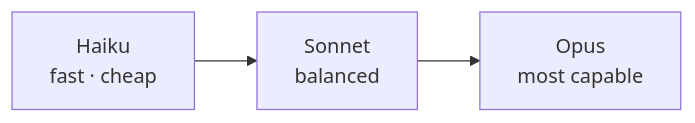
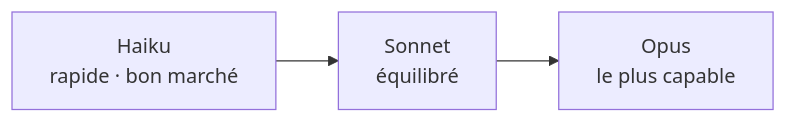
One commit to derob98/ailmanac changed the diagram in i18n/fr/docusaurus-plugin-content-docs/current/api/choosing-a-model.mdx. Above: the diagram before and after it, drawn with Mermaid. The commit also changed other lines of this file and 7 other files, not shown here.

````diff
--- a/i18n/fr/docusaurus-plugin-content-docs/current/api/choosing-a-model.mdx
+++ b/i18n/fr/docusaurus-plugin-content-docs/current/api/choosing-a-model.mdx
@@ -23,4 +30,4 @@
 ```mermaid
 flowchart LR
-  H["Haiku<br/>fast · cheap"] --> S["Sonnet<br/>balanced"] --> O["Opus<br/>most capable"]
+  H["Haiku<br/>rapide · bon marché"] --> S["Sonnet<br/>équilibré"] --> O["Opus<br/>le plus capable"]
 ```
````
